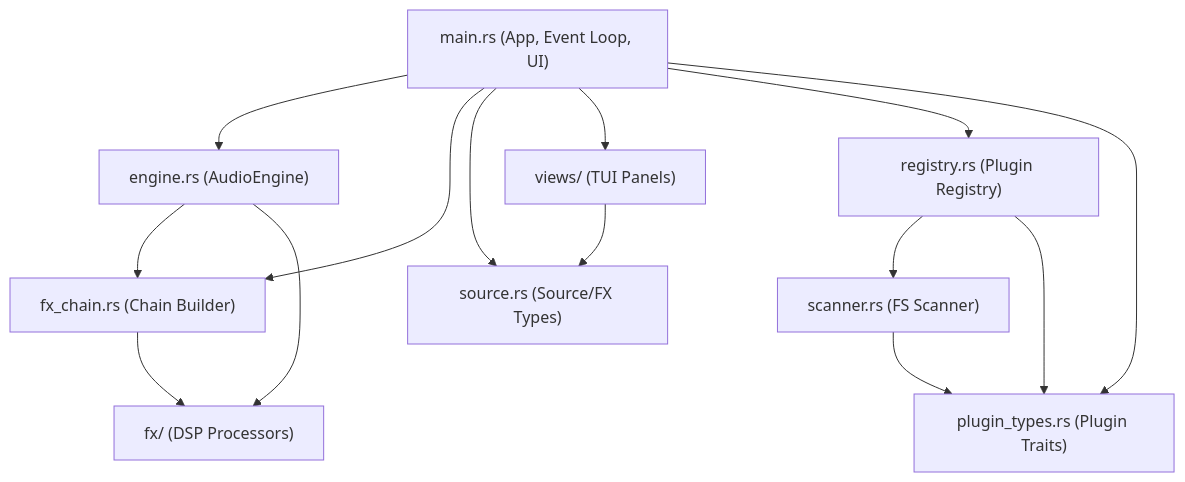
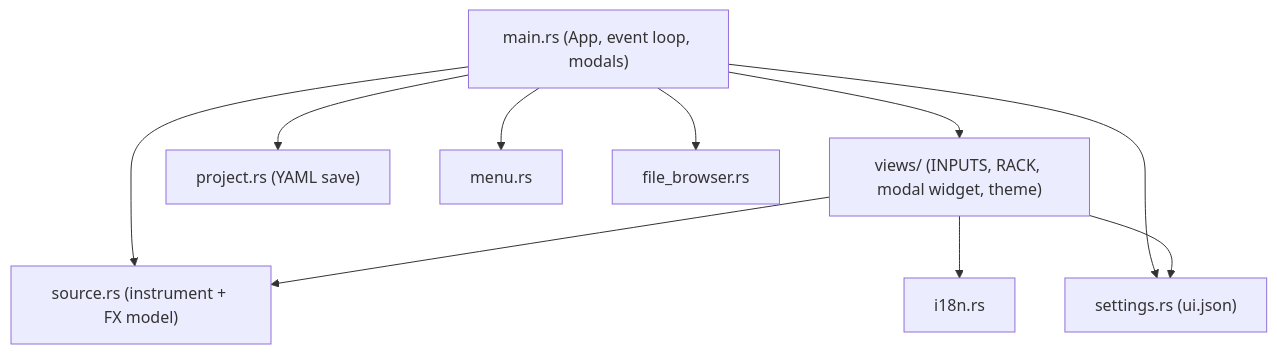
One commit to jacodelia/choz changed the second of 8 diagrams in docs/architecture.md. Above: the diagram before and after it, drawn with Mermaid. The commit also changed other lines of this file and 3 other files, not shown here.

````diff
--- a/docs/architecture.md
+++ b/docs/architecture.md
@@ -80,30 +133,21 @@
 ```mermaid
 graph TD
-    main["main.rs (App, Event Loop, UI)"]
-    engine["engine.rs (AudioEngine)"]
-    fx_chain["fx_chain.rs (Chain Builder)"]
-    fx["fx/ (DSP Processors)"]
-    views["views/ (TUI Panels)"]
-    source["source.rs (Source/FX Types)"]
-    registry["registry.rs (Plugin Registry)"]
-    scanner["scanner.rs (FS Scanner)"]
-    plugin_types["plugin_types.rs (Plugin Traits)"]
+    main["main.rs (App, event loop, modals)"]
+    views["views/ (INPUTS, RACK, modal widget, theme)"]
+    source["source.rs (instrument + FX model)"]
+    project["project.rs (YAML save)"]
+    settings["settings.rs (ui.json)"]
+    i18n["i18n.rs"]
+    menu["menu.rs"]
+    browser["file_browser.rs"]
 
-    main --> engine
-    main --> fx_chain
+    main --> views
     main --> source
-    main --> views
-    main --> registry
-    main --> plugin_types
-
-    engine --> fx_chain
-    engine --> fx
-
-    fx_chain --> fx
-
-    registry --> scanner
-    registry --> plugin_types
-    scanner --> plugin_types
-
+    main --> project
+    main --> settings
+    main --> menu
+    main --> browser
     views --> source
+    views --> i18n
+    views --> settings
 ```
````
